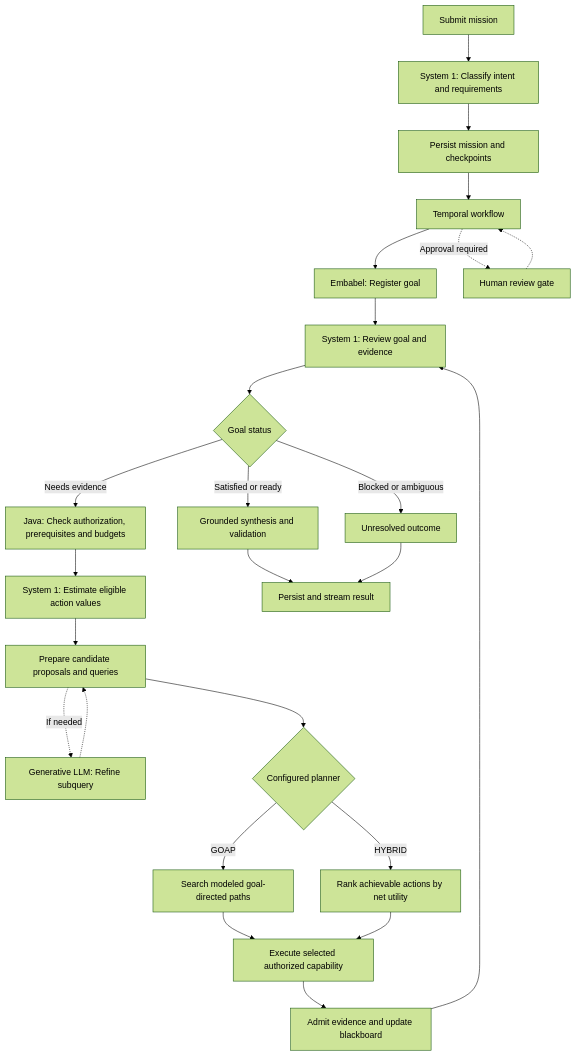
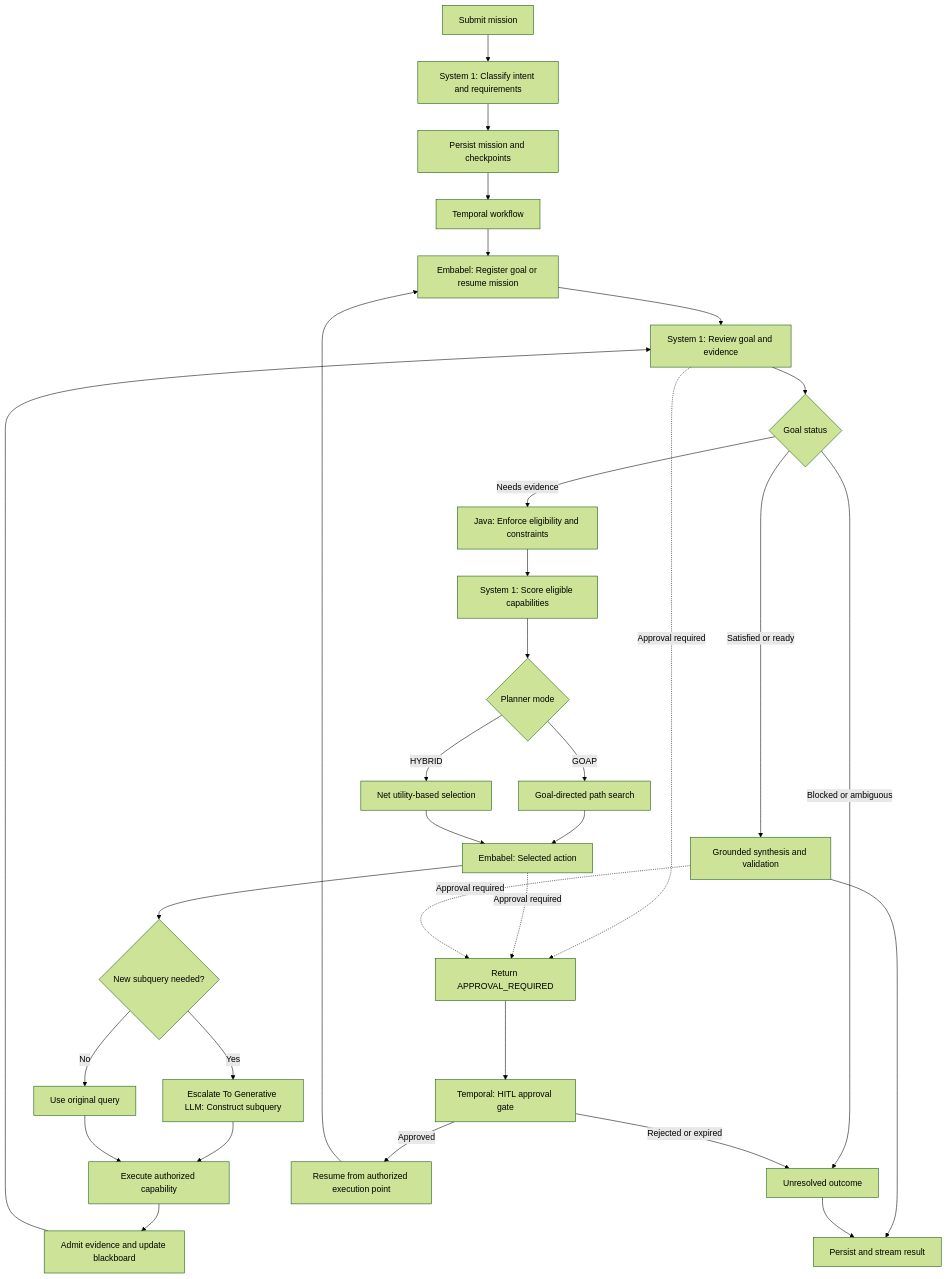
One commit to hashedgrey/Sparrow-x changed the second of 2 diagrams in README.md. Above: the diagram before and after it, drawn with Mermaid (forest theme).

Commit message:
docs: clarify System 1 and Embabel planning responsibilities and HITL execution flow

````diff
--- a/README.md
+++ b/README.md
@@ -96,31 +96,44 @@
 ```mermaid
 flowchart TD
     A[Submit mission] --> B[System 1: Classify intent and requirements]
     B --> C[Persist mission and checkpoints]
     C --> D[Temporal workflow]
-    D --> E[Embabel: Register goal]
+    D --> E[Embabel: Register goal or resume mission]
     E --> F[System 1: Review goal and evidence]
     F --> G{Goal status}
 
-    G -->|Needs evidence| H[Java: Check authorization, prerequisites and budgets]
-    H --> I[System 1: Estimate eligible action values]
-    I --> J[Prepare candidate proposals and queries]
-    J -.->|If needed| K[Generative LLM: Refine subquery]
-    K -.-> J
-    J --> L{Configured planner}
-    L -->|GOAP| M[Search modeled goal-directed paths]
-    L -->|HYBRID| N[Rank achievable actions by net utility]
-    M --> S[Execute selected authorized capability]
-    N --> S
-    S --> T[Admit evidence and update blackboard]
-    T --> F
+    G -->|Needs evidence| H[Java: Enforce eligibility and constraints]
+    H --> I[System 1: Score eligible capabilities]
 
-    G -->|Satisfied or ready| O[Grounded synthesis and validation]
-    G -->|Blocked or ambiguous| P[Unresolved outcome]
+    I --> J{Planner mode}
+    J -->|GOAP| K[Goal-directed path search]
+    J -->|HYBRID| L[Net utility-based selection]
 
-    O --> Q[Persist and stream result]
+    K --> M[Embabel: Selected action]
+    L --> M
+
+    M --> N{New subquery needed?}
+    N -->|Yes| O[Escalate To Generative LLM: Construct subquery]
+    N -->|No| P[Use original query]
+
+    O --> Q[Execute authorized capability]
     P --> Q
 
-    D -.->|Approval required| R[Human review gate]
-    R -.-> D
+    Q --> R[Admit evidence and update blackboard]
+    R --> F
+
+    G -->|Satisfied or ready| S[Grounded synthesis and validation]
+    G -->|Blocked or ambiguous| X[Unresolved outcome]
+
+    S --> Y[Persist and stream result]
+    X --> Y
+
+    F -.->|Approval required| U[Return APPROVAL_REQUIRED]
+    M -.->|Approval required| U
+    S -.->|Approval required| U
+
+    U --> V[Temporal: HITL approval gate]
+    V -->|Approved| W[Resume from authorized execution point]
+    W --> E
+    V -->|Rejected or expired| X
 ```
````
